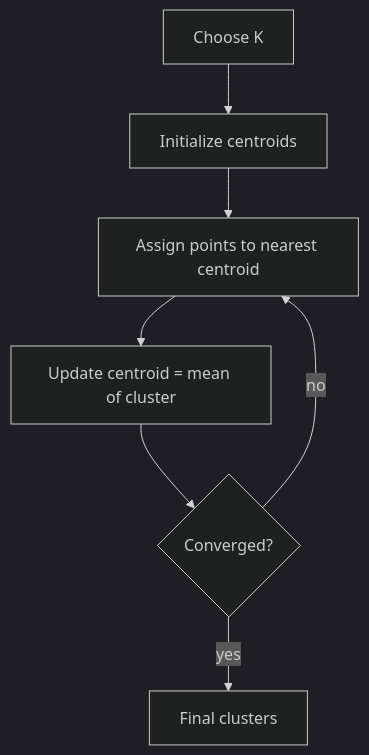
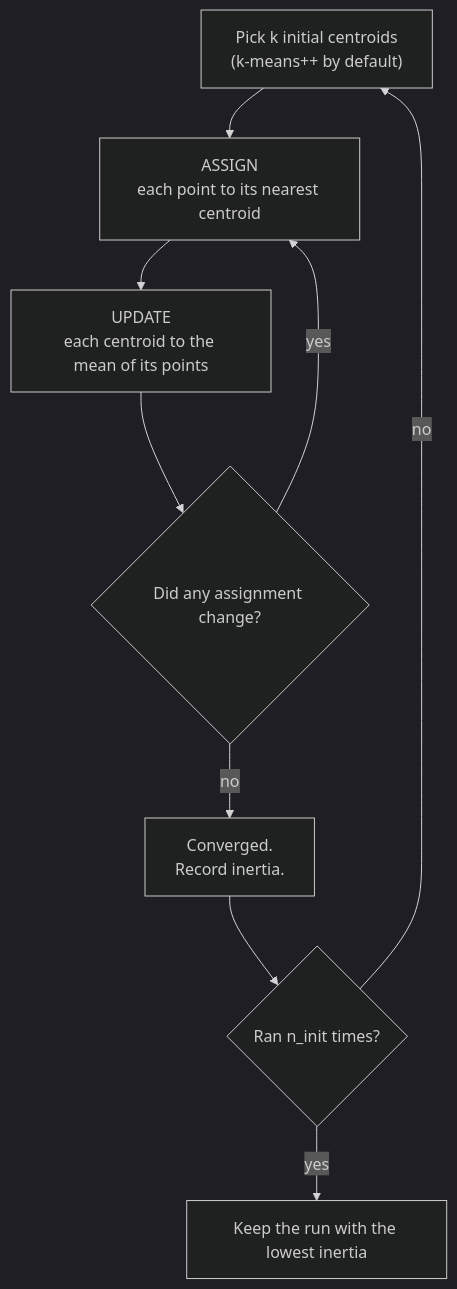
Before and after one commit to Ravikisha/PythonCentralHub: the diagram in src/content/docs/Machine Learning/Phase 06 - Unsupervised Learning & Dimensionality Reduction/K-Means Clustering Algorithm.mdx, drawn with Mermaid (dark theme). The commit also changed other lines of this file and 1327 other files, not shown here.

````diff
--- a/src/content/docs/Machine Learning/Phase 06 - Unsupervised Learning & Dimensionality Reduction/K-Means Clustering Algorithm.mdx
+++ b/src/content/docs/Machine Learning/Phase 06 - Unsupervised Learning & Dimensionality Reduction/K-Means Clustering Algorithm.mdx
@@ -20,9 +35,11 @@
 ```mermaid
 flowchart TD
-  A[Choose K] --> B[Initialize centroids]
-  B --> C[Assign points to nearest centroid]
-  C --> D[Update centroid = mean of cluster]
-  D --> E{Converged?}
-  E -->|no| C
-  E -->|yes| F[Final clusters]
+  A["Pick k initial centroids<br/>(k-means++ by default)"] --> B["ASSIGN<br/>each point to its nearest centroid"]
+  B --> C["UPDATE<br/>each centroid to the mean of its points"]
+  C --> D{"Did any assignment change?"}
+  D -->|"yes"| B
+  D -->|"no"| E["Converged.<br/>Record inertia."]
+  E --> F{"Ran n_init times?"}
+  F -->|"no"| A
+  F -->|"yes"| G["Keep the run with the lowest inertia"]
 ```
````
